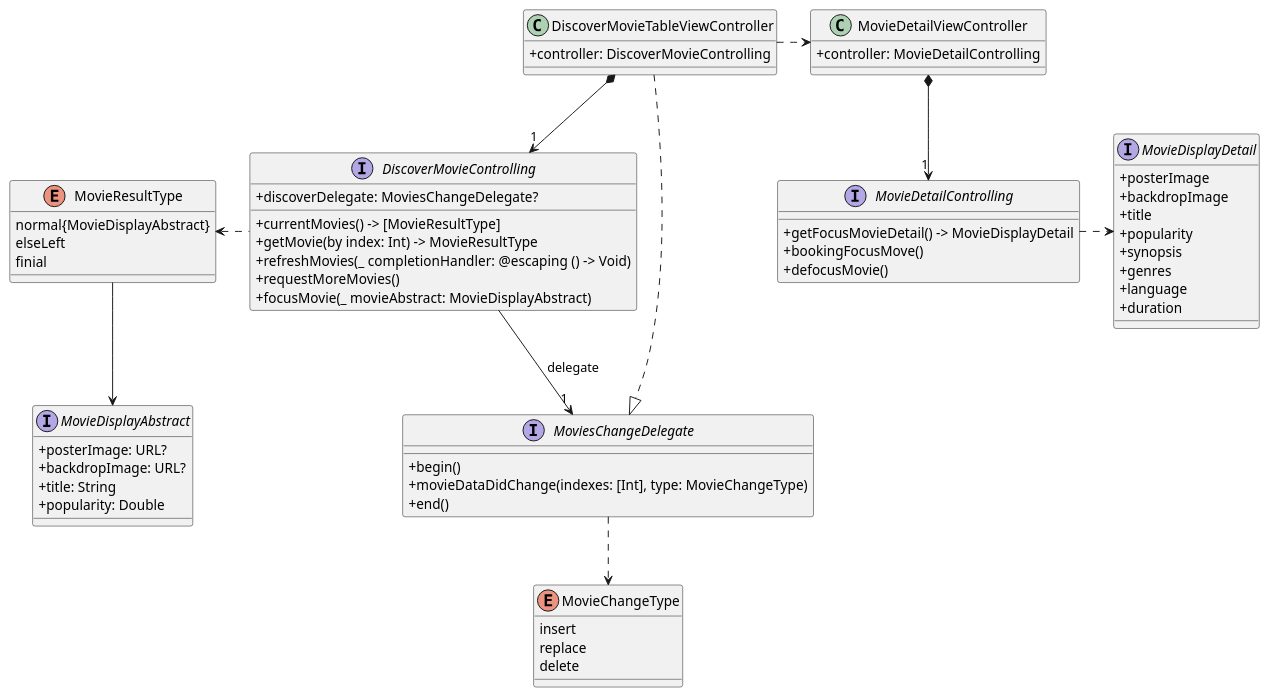
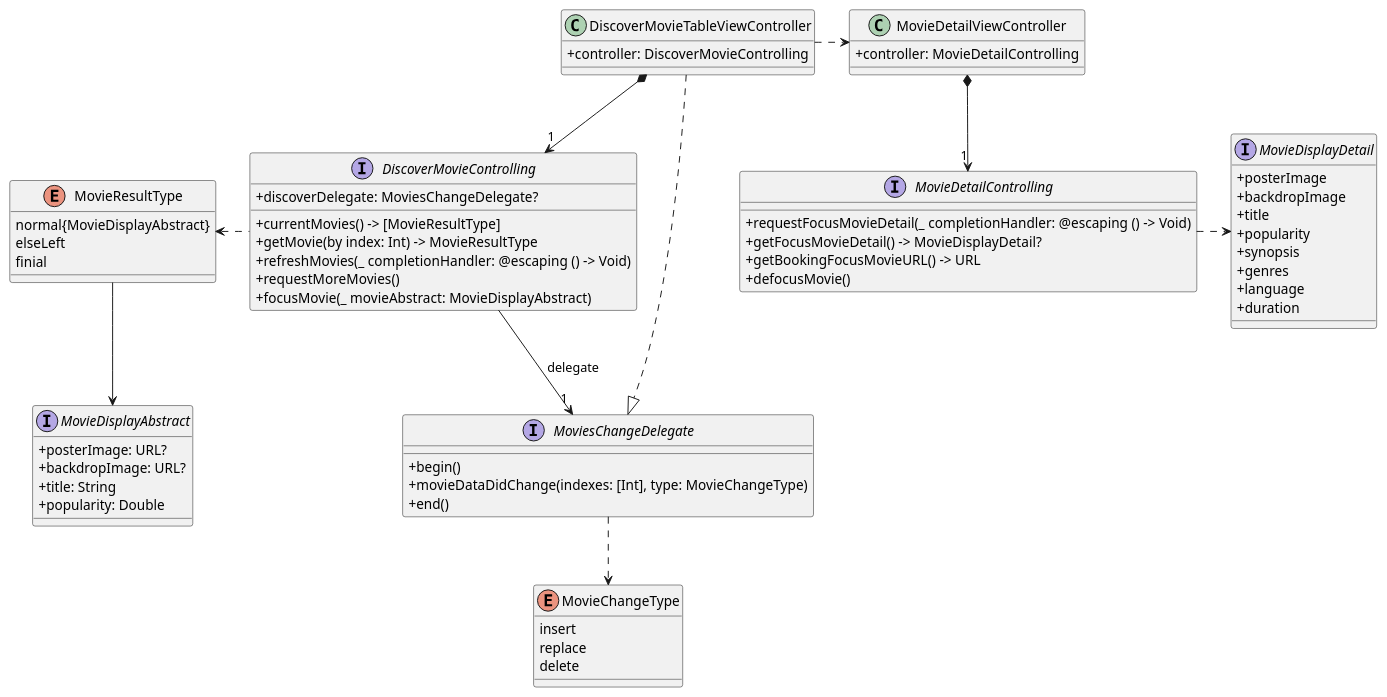
Before and after one commit to willsbor/CinemaForYou: the first of 4 diagrams in README.md, drawn with PlantUML. The commit also changed other lines of this file and 2 other files, not shown here.

Commit message:
update class diagram

````diff
--- a/README.md
+++ b/README.md
@@ -12,76 +12,77 @@
 ```puml
 skinparam classAttributeIconSize 0
 
 class DiscoverMovieTableViewController {
   +controller: DiscoverMovieControlling
 }
 
 interface DiscoverMovieControlling {
   +discoverDelegate: MoviesChangeDelegate?
   +currentMovies() -> [MovieResultType]
   +getMovie(by index: Int) -> MovieResultType
   +refreshMovies(_ completionHandler: @escaping () -> Void)
   +requestMoreMovies()
   +focusMovie(_ movieAbstract: MovieDisplayAbstract)
 }
 
 enum MovieResultType {
   normal{MovieDisplayAbstract}
   elseLeft
   finial
 }
 
 interface MovieDisplayAbstract {
   +posterImage: URL?
   +backdropImage: URL?
   +title: String
   +popularity: Double
 }
 
 enum MovieChangeType {
     insert
     replace
     delete
 }
 
 interface MoviesChangeDelegate {
   +begin()
   +movieDataDidChange(indexes: [Int], type: MovieChangeType)
   +end()
 }
 
 class MovieDetailViewController {
   +controller: MovieDetailControlling
 }
 
 interface MovieDetailControlling {
-  +getFocusMovieDetail() -> MovieDisplayDetail
-  +bookingFocusMove()
+  +requestFocusMovieDetail(_ completionHandler: @escaping () -> Void)
+  +getFocusMovieDetail() -> MovieDisplayDetail?
+  +getBookingFocusMovieURL() -> URL
   +defocusMovie()
 }
 
 interface MovieDisplayDetail {
   +posterImage
   +backdropImage
   +title
   +popularity
   +synopsis
   +genres
   +language
   +duration
 }
 
 DiscoverMovieTableViewController .right.> MovieDetailViewController
 
 DiscoverMovieTableViewController *--> "1" DiscoverMovieControlling
 DiscoverMovieControlling .left.> MovieResultType
 MovieResultType --> MovieDisplayAbstract
 DiscoverMovieControlling --> "1" MoviesChangeDelegate : delegate
 MoviesChangeDelegate ..> MovieChangeType
 
 DiscoverMovieTableViewController ..|> MoviesChangeDelegate
 
 MovieDetailViewController *--> "1" MovieDetailControlling
 MovieDetailControlling .right.> MovieDisplayDetail
 
 ```
````
